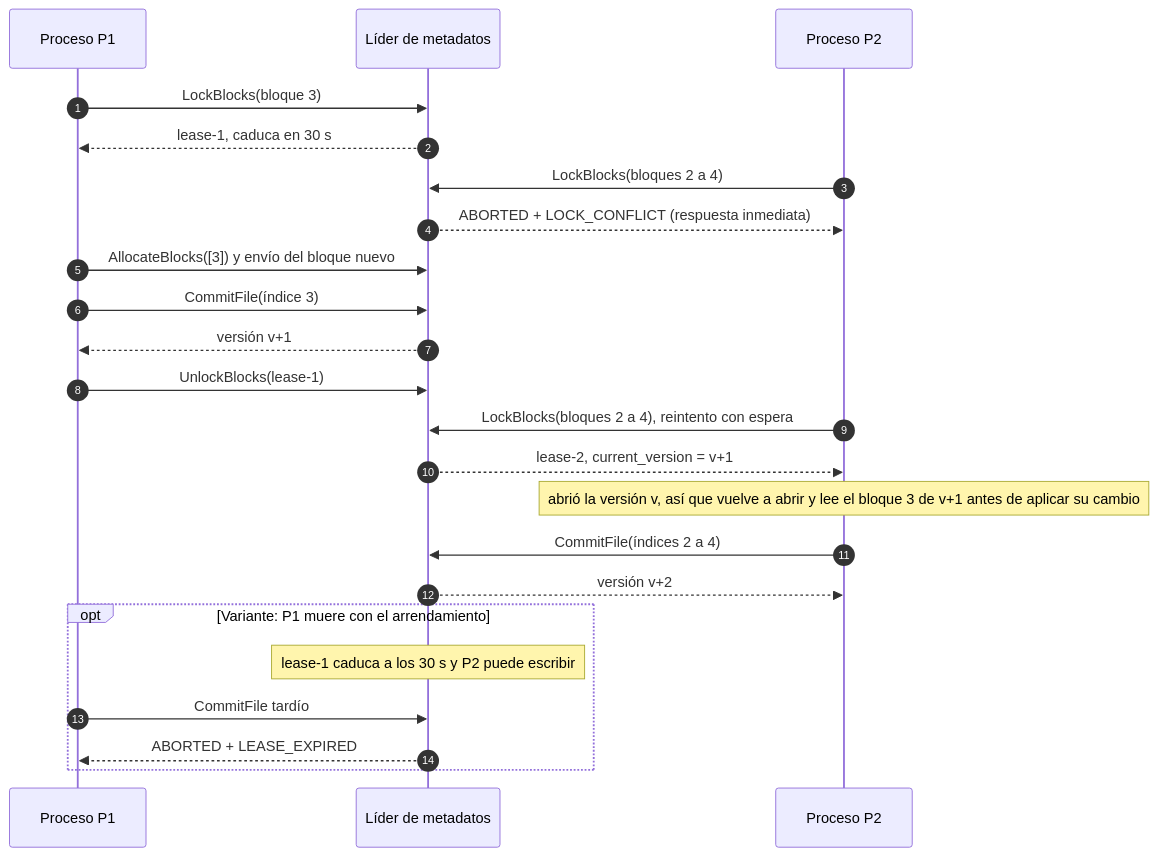
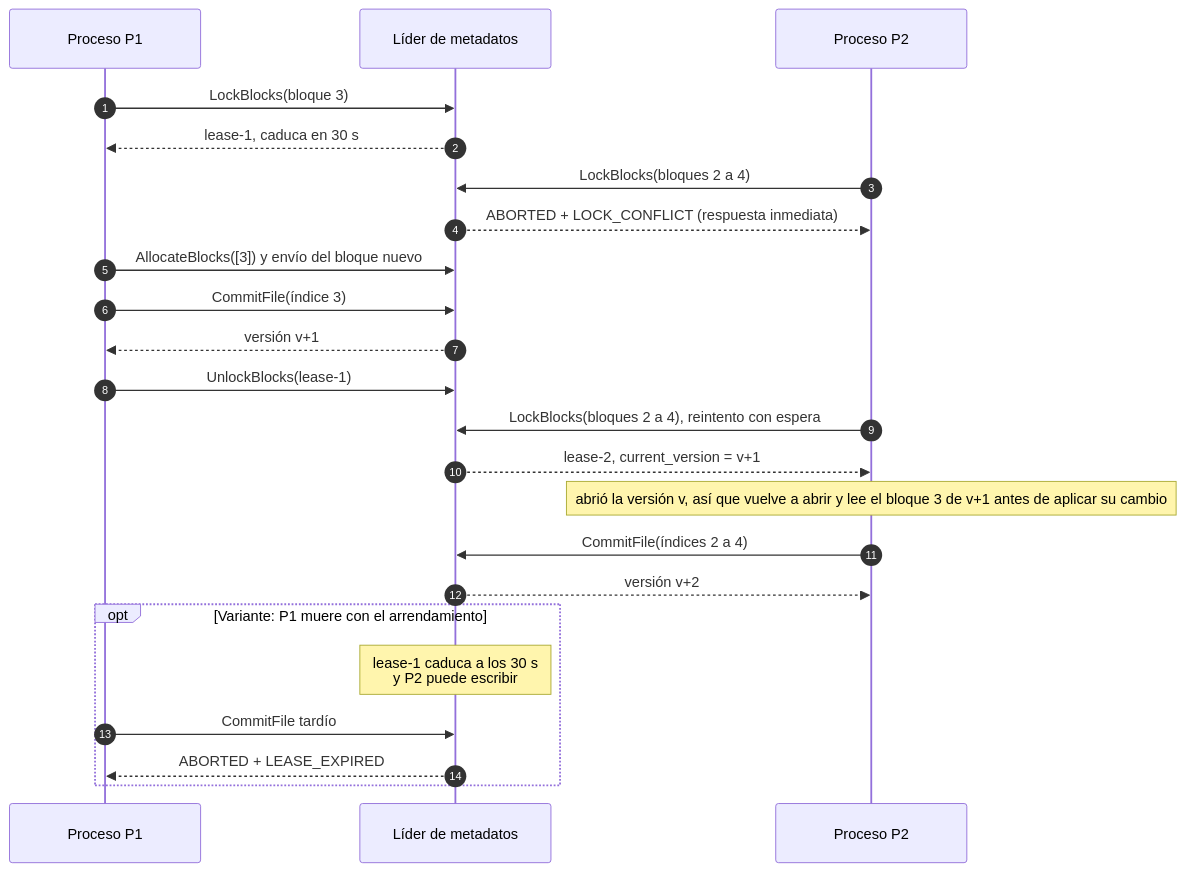
One commit to pjg09/dfsha changed the diagram in docs/diagramas/15-escenario-concurrencia.mmd. Above: the diagram before and after it, drawn with Mermaid. The commit also changed 8 other files, not shown here.

```diff
--- a/docs/diagramas/15-escenario-concurrencia.mmd
+++ b/docs/diagramas/15-escenario-concurrencia.mmd
@@ -1,23 +1,24 @@
+%%{init: {"sequence": {"width": 210}}}%%
 sequenceDiagram
   autonumber
   participant P1 as Proceso P1
   participant L as Líder de metadatos
   participant P2 as Proceso P2
   P1->>L: LockBlocks(bloque 3)
   L-->>P1: lease-1, caduca en 30 s
   P2->>L: LockBlocks(bloques 2 a 4)
   L-->>P2: ABORTED + LOCK_CONFLICT (respuesta inmediata)
   P1->>L: AllocateBlocks([3]) y envío del bloque nuevo
   P1->>L: CommitFile(índice 3)
   L-->>P1: versión v+1
   P1->>L: UnlockBlocks(lease-1)
   P2->>L: LockBlocks(bloques 2 a 4), reintento con espera
   L-->>P2: lease-2, current_version = v+1
   Note over P2: abrió la versión v, así que vuelve a abrir y lee el bloque 3 de v+1 antes de aplicar su cambio
   P2->>L: CommitFile(índices 2 a 4)
   L-->>P2: versión v+2
   opt Variante: P1 muere con el arrendamiento
-    Note over L: lease-1 caduca a los 30 s y P2 puede escribir
+    Note over L: lease-1 caduca a los 30 s<br/>y P2 puede escribir
     P1->>L: CommitFile tardío
     L-->>P1: ABORTED + LEASE_EXPIRED
   end
```
